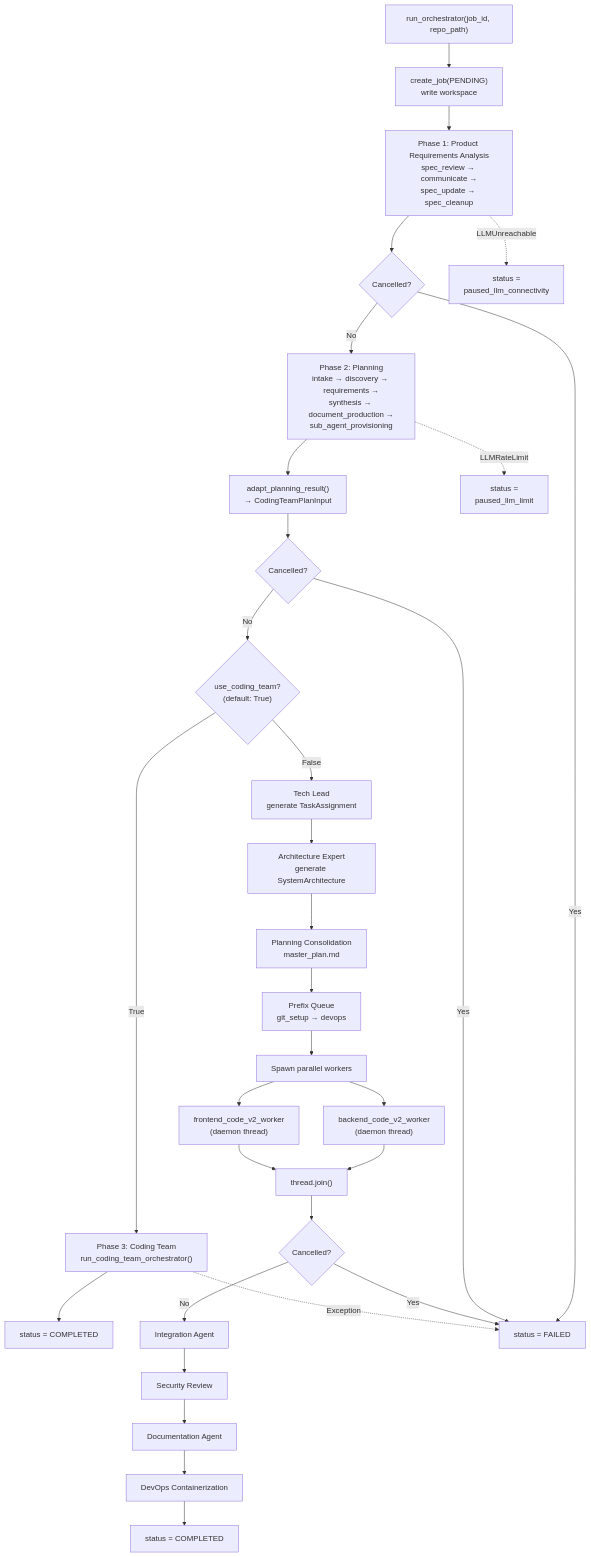
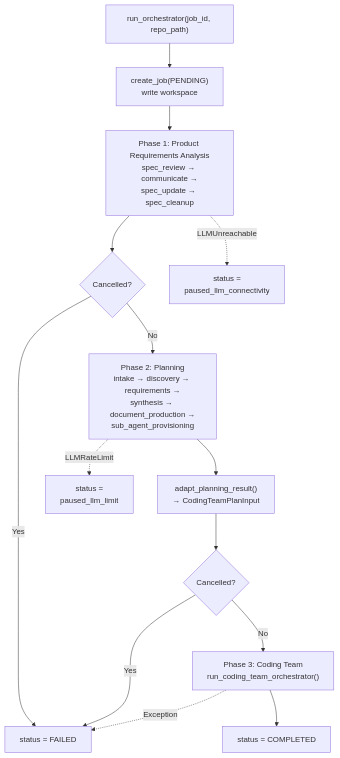
Before and after one commit to brandonkindred/Khala-Agentic-AI-Teams: the first of 11 diagrams in backend/agents/software_engineering_team/system_design/SE_Flow_Charts.md, drawn with Mermaid. The commit also changed 4 other files, not shown here.

````diff
--- a/backend/agents/software_engineering_team/system_design/SE_Flow_Charts.md
+++ b/backend/agents/software_engineering_team/system_design/SE_Flow_Charts.md
@@ -5,59 +5,31 @@
 ```mermaid
 flowchart TD
     START["run_orchestrator(job_id, repo_path)"]
     CREATE["create_job(PENDING)\nwrite workspace"]
     CANCEL1{"Cancelled?"}
 
     PRA["Phase 1: Product Requirements Analysis\nspec_review → communicate →\nspec_update → spec_cleanup"]
     CANCEL2{"Cancelled?"}
 
     Planning["Phase 2: Planning\nintake → discovery → requirements →\nsynthesis → document_production →\nsub_agent_provisioning"]
     ADAPT["adapt_planning_result()\n→ CodingTeamPlanInput"]
-    CANCEL3{"Cancelled?"}
-
-    DECISION{"use_coding_team?\n(default: True)"}
 
     CT["Phase 3: Coding Team\nrun_coding_team_orchestrator()"]
     DONE["status = COMPLETED"]
-
-    TL["Tech Lead\ngenerate TaskAssignment"]
-    AE["Architecture Expert\ngenerate SystemArchitecture"]
-    CONSOL["Planning Consolidation\nmaster_plan.md"]
-    PREFIX["Prefix Queue\ngit_setup → devops"]
-    SPAWN["Spawn parallel workers"]
-    BACKEND["backend_code_v2_worker\n(daemon thread)"]
-    FRONTEND["frontend_code_v2_worker\n(daemon thread)"]
-    JOIN["thread.join()"]
-    INTEG["Integration Agent"]
-    SEC["Security Review"]
-    DOCS["Documentation Agent"]
-    DEVOPS["DevOps Containerization"]
-    DONE2["status = COMPLETED"]
 
     ERR_LLM["status =\npaused_llm_connectivity"]
     ERR_LIMIT["status =\npaused_llm_limit"]
     ERR_FAIL["status = FAILED"]
 
     START --> CREATE --> PRA
     PRA --> CANCEL1
     CANCEL1 -->|Yes| ERR_FAIL
     CANCEL1 -->|No| Planning
     Planning --> ADAPT --> CANCEL2
     CANCEL2 -->|Yes| ERR_FAIL
-    CANCEL2 -->|No| DECISION
-
-    DECISION -->|True| CT --> DONE
-    DECISION -->|False| TL --> AE --> CONSOL --> PREFIX
-    PREFIX --> SPAWN
-    SPAWN --> BACKEND
-    SPAWN --> FRONTEND
-    BACKEND --> JOIN
-    FRONTEND --> JOIN
-    JOIN --> CANCEL3
-    CANCEL3 -->|Yes| ERR_FAIL
-    CANCEL3 -->|No| INTEG --> SEC --> DOCS --> DEVOPS --> DONE2
+    CANCEL2 -->|No| CT --> DONE
 
     PRA -.->|LLMUnreachable| ERR_LLM
     Planning -.->|LLMRateLimit| ERR_LIMIT
     CT -.->|Exception| ERR_FAIL
 ```
````
